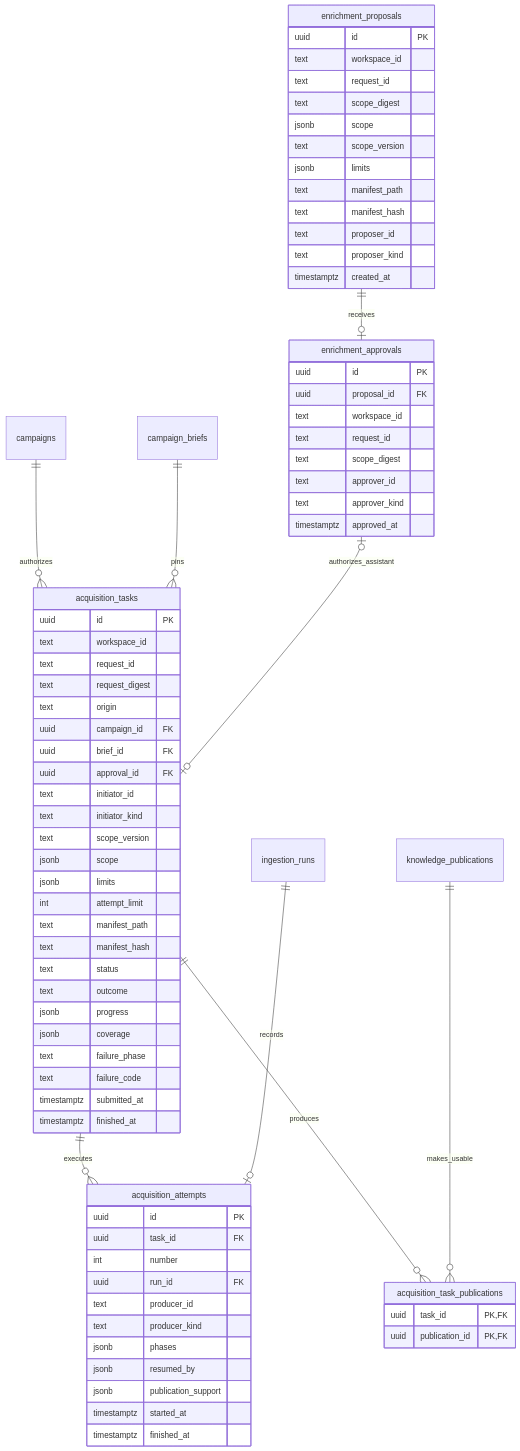
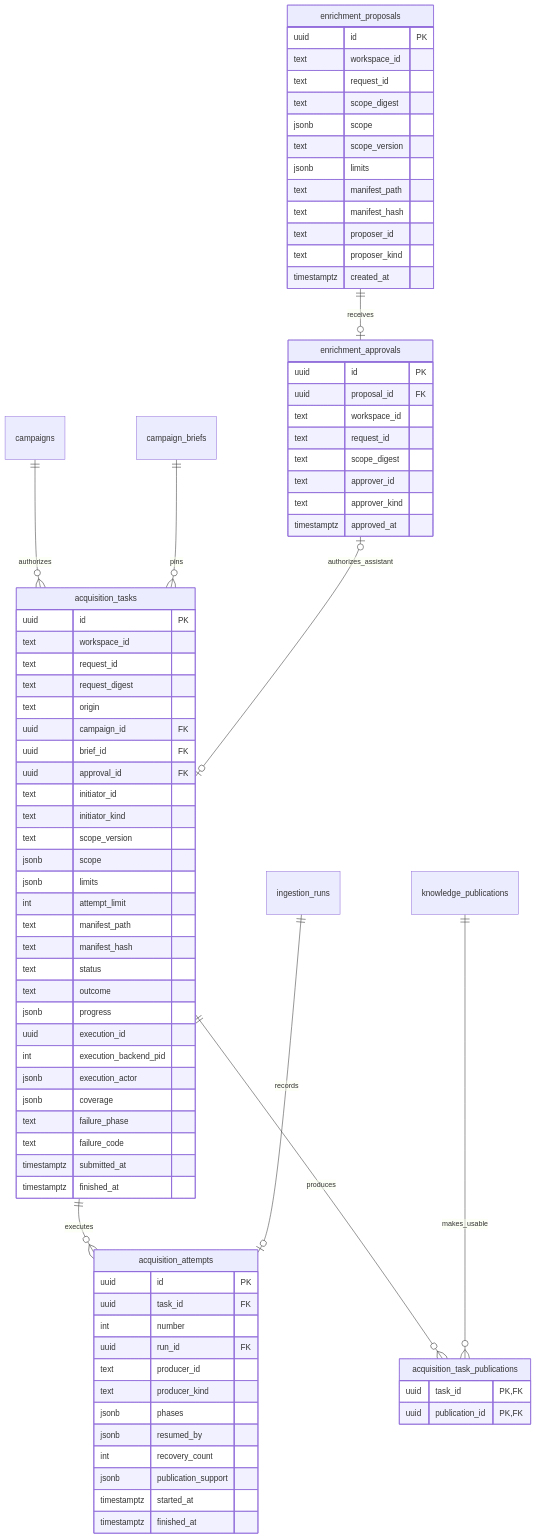
Before and after one commit to jinroylee/social-marketing-intelligence: the sixth of 7 diagrams in docs/data-model.md, drawn with Mermaid. The commit also changed other lines of this file and 29 other files, not shown here.

````diff
--- a/docs/data-model.md
+++ b/docs/data-model.md
@@ -502,78 +502,82 @@
 ```mermaid
 erDiagram
     campaigns ||--o{ acquisition_tasks : authorizes
     campaign_briefs ||--o{ acquisition_tasks : pins
     enrichment_proposals ||--o| enrichment_approvals : receives
     enrichment_approvals o|--o| acquisition_tasks : authorizes_assistant
     acquisition_tasks ||--o{ acquisition_attempts : executes
     ingestion_runs ||--o| acquisition_attempts : records
     acquisition_tasks ||--o{ acquisition_task_publications : produces
     knowledge_publications ||--o{ acquisition_task_publications : makes_usable
     enrichment_proposals {
         uuid id PK
         text workspace_id
         text request_id
         text scope_digest
         jsonb scope
         text scope_version
         jsonb limits
         text manifest_path
         text manifest_hash
         text proposer_id
         text proposer_kind
         timestamptz created_at
     }
     enrichment_approvals {
         uuid id PK
         uuid proposal_id FK
         text workspace_id
         text request_id
         text scope_digest
         text approver_id
         text approver_kind
         timestamptz approved_at
     }
     acquisition_tasks {
         uuid id PK
         text workspace_id
         text request_id
         text request_digest
         text origin
         uuid campaign_id FK
         uuid brief_id FK
         uuid approval_id FK
         text initiator_id
         text initiator_kind
         text scope_version
         jsonb scope
         jsonb limits
         int attempt_limit
         text manifest_path
         text manifest_hash
         text status
         text outcome
         jsonb progress
+        uuid execution_id
+        int execution_backend_pid
+        jsonb execution_actor
         jsonb coverage
         text failure_phase
         text failure_code
         timestamptz submitted_at
         timestamptz finished_at
     }
     acquisition_attempts {
         uuid id PK
         uuid task_id FK
         int number
         uuid run_id FK
         text producer_id
         text producer_kind
         jsonb phases
         jsonb resumed_by
+        int recovery_count
         jsonb publication_support
         timestamptz started_at
         timestamptz finished_at
     }
     acquisition_task_publications {
         uuid task_id PK, FK
         uuid publication_id PK, FK
     }
 ```
````
